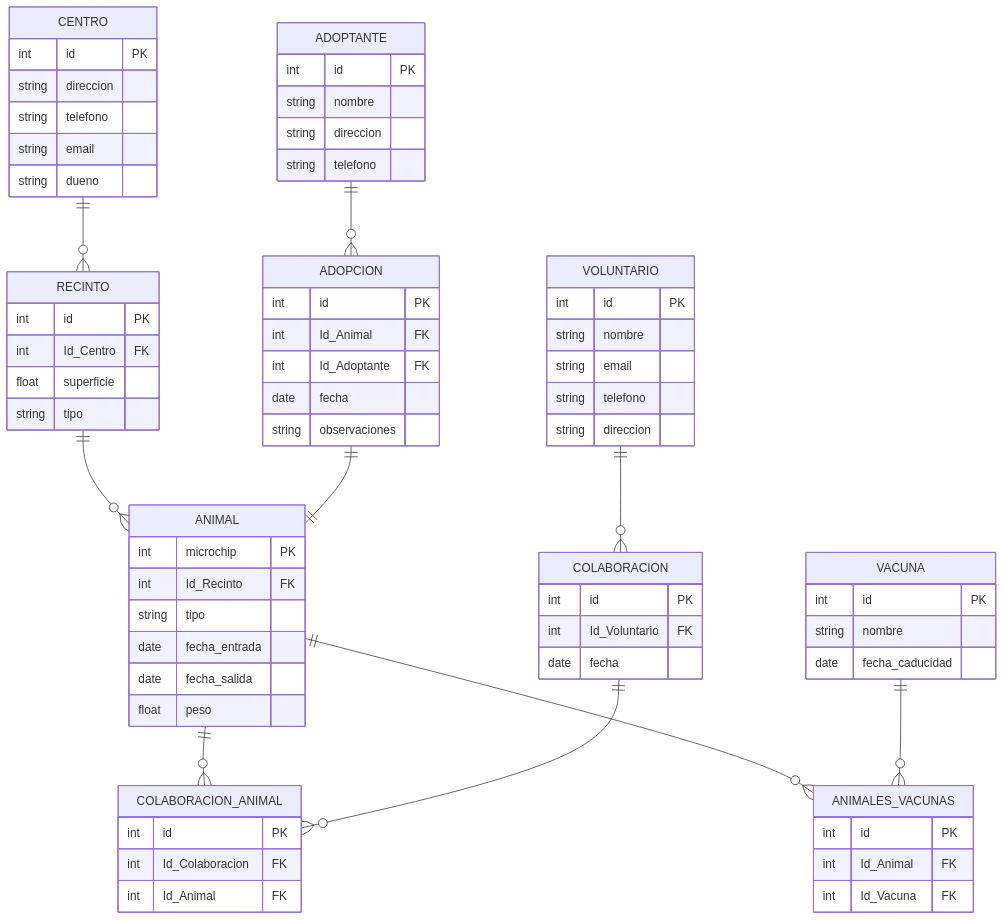
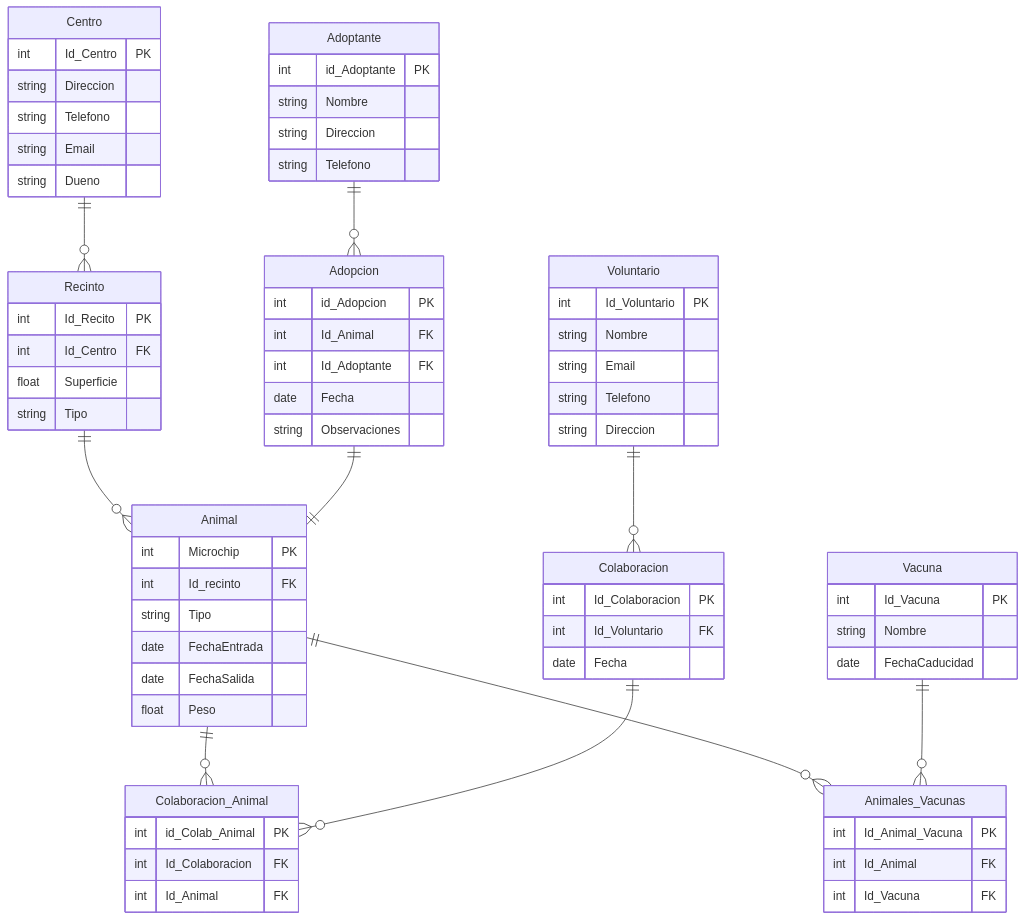
The fifth of 6 diagrams in EPIG-IND-ComputerScienceFundamentals/exercises/2_exercises_BBDD.md (augustocristian/teaching-resources), drawn with Mermaid before and after one commit. The commit also changed other lines of this file, not shown here.

````diff
--- a/EPIG-IND-ComputerScienceFundamentals/exercises/2_exercises_BBDD.md
+++ b/EPIG-IND-ComputerScienceFundamentals/exercises/2_exercises_BBDD.md
@@ -455,90 +458,89 @@
 erDiagram
 
 %% Entidades
-    CENTRO {
-        int id PK
-        string direccion
-        string telefono
-        string email
-        string dueno
+    Centro {
+        int Id_Centro PK
+        string Direccion
+        string Telefono
+        string Email
+        string Dueno
     }
 
-    RECINTO {
-        int id PK
+    Recinto {
+        int Id_Recito PK
         int Id_Centro FK
-        float superficie
-        string tipo
+        float Superficie
+        string Tipo
 
     }
 
-    ANIMAL {
-        int microchip PK
-        int Id_Recinto FK
-        string tipo
-        date fecha_entrada
-        date fecha_salida
-        float peso
+    Animal {
+        int Microchip PK
+        int Id_recinto FK
+        string Tipo
+        date FechaEntrada
+        date FechaSalida
+        float Peso
     }
 
-    VACUNA {
-        int id PK
-        string nombre
-        date fecha_caducidad
+    Vacuna {
+        int Id_Vacuna PK
+        string Nombre
+        date FechaCaducidad
     }
 
-    VOLUNTARIO {
-        int id PK
-        string nombre
-        string email
-        string telefono
-        string direccion
+    Voluntario {
+        int Id_Voluntario PK
+        string Nombre
+        string Email
+        string Telefono
+        string Direccion
     }
 
-    ADOPCION {
-        int id PK
+    Adopcion {
+        int id_Adopcion PK
         int Id_Animal FK
         int Id_Adoptante FK
-        date fecha
-        string observaciones
+        date Fecha
+        string Observaciones
 
     }
 
-    COLABORACION {
-        int id PK
+    Colaboracion {
+        int Id_Colaboracion PK
         int Id_Voluntario FK
-        date fecha
+        date Fecha
     }
 
-    ADOPTANTE {
-        int id PK
-        string nombre
-        string direccion
-        string telefono
+    Adoptante {
+        int id_Adoptante PK
+        string Nombre
+        string Direccion
+        string Telefono
     }
 %%Tablas intermedias para la N a M    
-    COLABORACION_ANIMAL {
-        int id PK
+    Colaboracion_Animal {
+        int id_Colab_Animal PK
         int Id_Colaboracion FK
         int Id_Animal FK
     }
-    ANIMALES_VACUNAS {
-        int id PK
+    Animales_Vacunas {
+        int Id_Animal_Vacuna PK
         int Id_Animal FK
         int Id_Vacuna FK
     }
 
 %% Relaciones
-    CENTRO ||--o{ RECINTO : ""
-    RECINTO ||--o{ ANIMAL : ""
+    Centro ||--o{ Recinto : ""
+    Recinto ||--o{ Animal : ""
 
+    Voluntario ||--o{ Colaboracion : ""
+    Animal ||--o{ Colaboracion_Animal : ""
+    Colaboracion ||--o{ Colaboracion_Animal : ""
 
-    VOLUNTARIO ||--o{ COLABORACION : ""
-    ANIMAL ||--o{ COLABORACION_ANIMAL : ""
-    COLABORACION ||--o{ COLABORACION_ANIMAL : ""
-
-    ADOPTANTE ||--o{ ADOPCION : ""
-    ADOPCION ||--|| ANIMAL : ""
-    ANIMAL ||--o{ ANIMALES_VACUNAS : ""
-    VACUNA ||--o{ ANIMALES_VACUNAS : ""
+    Adoptante ||--o{ Adopcion : ""
+    Adopcion ||--|| Animal : ""
+    Animal ||--o{ Animales_Vacunas : ""
+    Vacuna ||--o{ Animales_Vacunas : ""
     
 ```
````
